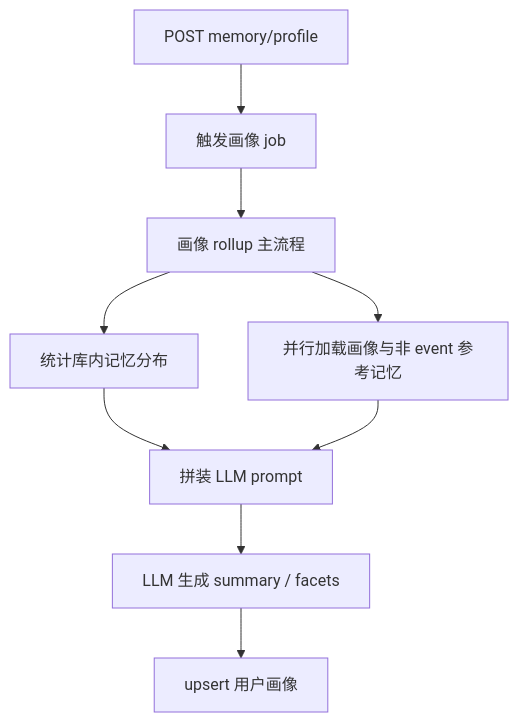
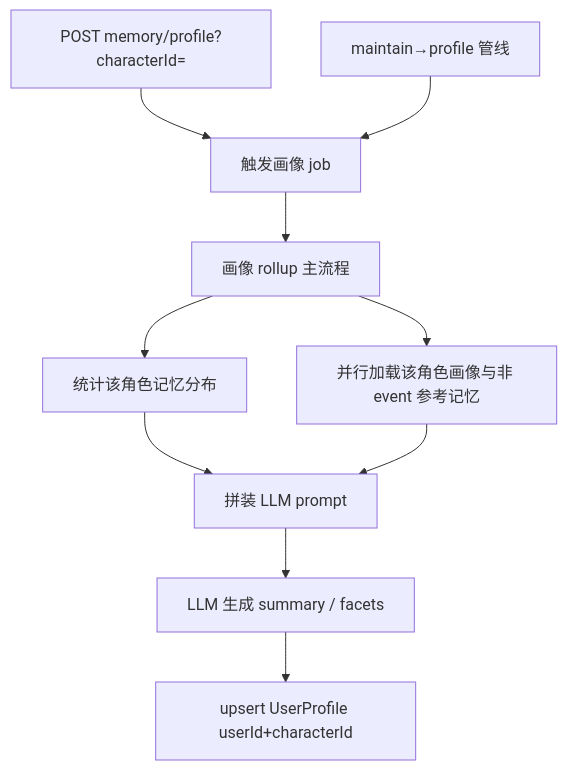
Before and after one commit to lilialab/lilia: the diagram in docs/memory/profile.md, drawn with Mermaid. The commit also changed other lines of this file and 24 other files, not shown here.

````diff
--- a/docs/memory/profile.md
+++ b/docs/memory/profile.md
@@ -5,11 +5,12 @@
 ```mermaid
 flowchart TD
-  API["POST memory/profile"] --> Entry[触发画像 job]
+  API["POST memory/profile?characterId="] --> Entry[触发画像 job]
+  Pipeline["maintain→profile 管线"] --> Entry
   Entry --> Core[画像 rollup 主流程]
-  Core --> LoadStats[统计库内记忆分布]
-  Core --> LoadProfile[并行加载画像与非 event 参考记忆]
+  Core --> LoadStats[统计该角色记忆分布]
+  Core --> LoadProfile[并行加载该角色画像与非 event 参考记忆]
   LoadStats --> Prompt[拼装 LLM prompt]
   LoadProfile --> Prompt
   Prompt --> LlmGen["LLM 生成 summary / facets"]
-  LlmGen --> Upsert[upsert 用户画像]
+  LlmGen --> Upsert["upsert UserProfile userId+characterId"]
 ```
````
